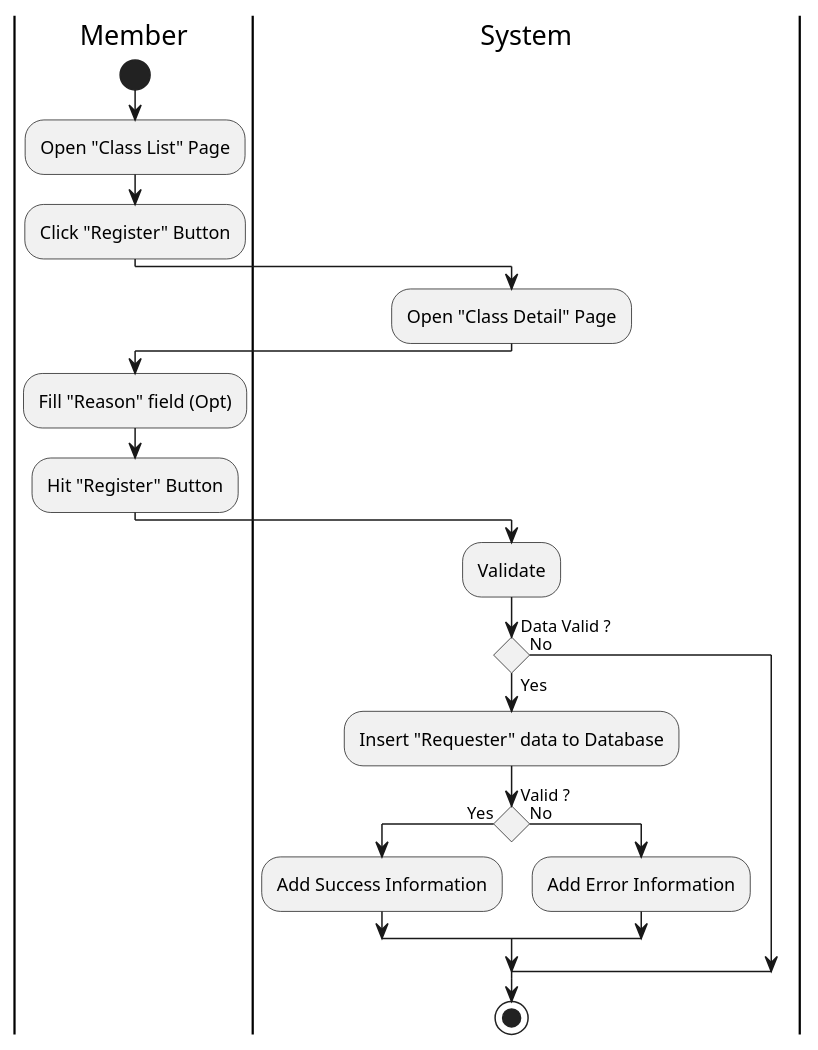
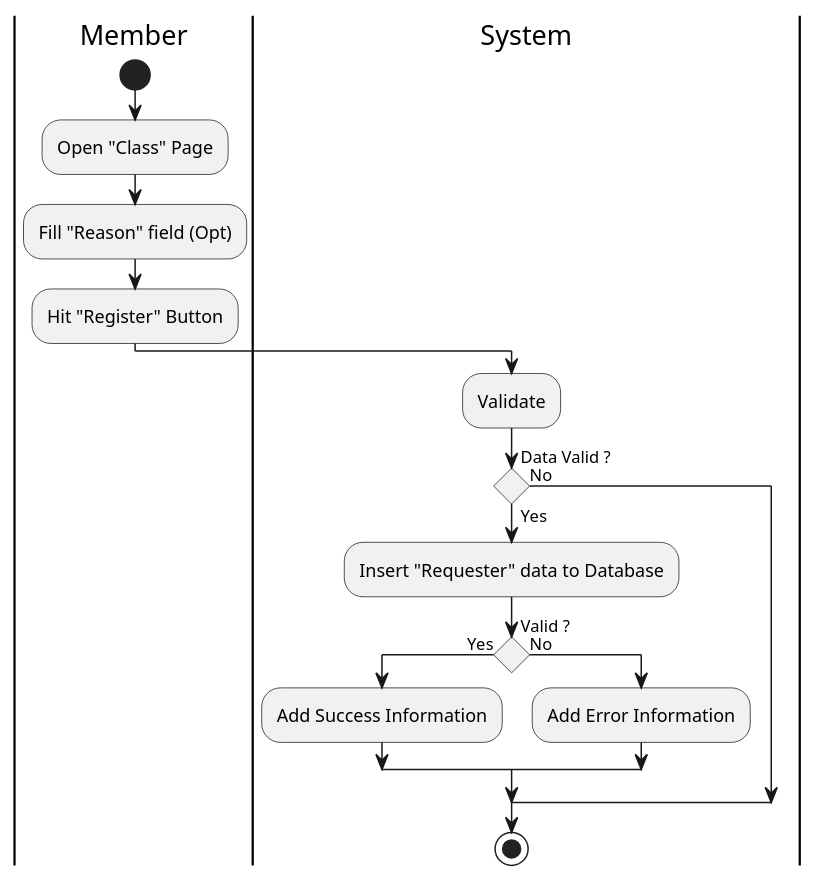
One commit to fwidjaya20/fazzlearning-uml changed the diagram in Activity/Release03/RegisterClass.wsd. Above: the diagram before and after it, drawn with PlantUML. The commit also changed 34 other files, not shown here.

Commit message:
fix(diagram): fix invalid sequence, activity, and usecase

```diff
--- a/Activity/Release03/RegisterClass.wsd
+++ b/Activity/Release03/RegisterClass.wsd
@@ -1,35 +1,31 @@
 @startuml RegisterClass
 
 skinparam ConditionEndStyle hline
 skinparam conditionStyle diamond
 skinparam Monochrome true
 skinparam Shadowing false
 
 |Member|
 start
-:Open "Class List" Page;
-:Click "Register" Button;
-
-|System|
-:Open "Class Detail" Page;
+:Open "Class" Page;
 
 |Member|
 :Fill "Reason" field (Opt);
 :Hit "Register" Button;
 
 |System|
 :Validate;
 
 if (Data Valid ?) then (Yes)
     :Insert "Requester" data to Database;
 
     if (Valid ?) then (Yes)
         :Add Success Information;
     else (No)
         :Add Error Information;
     endif
 else (No)
 endif
 stop
 
 @enduml
```
